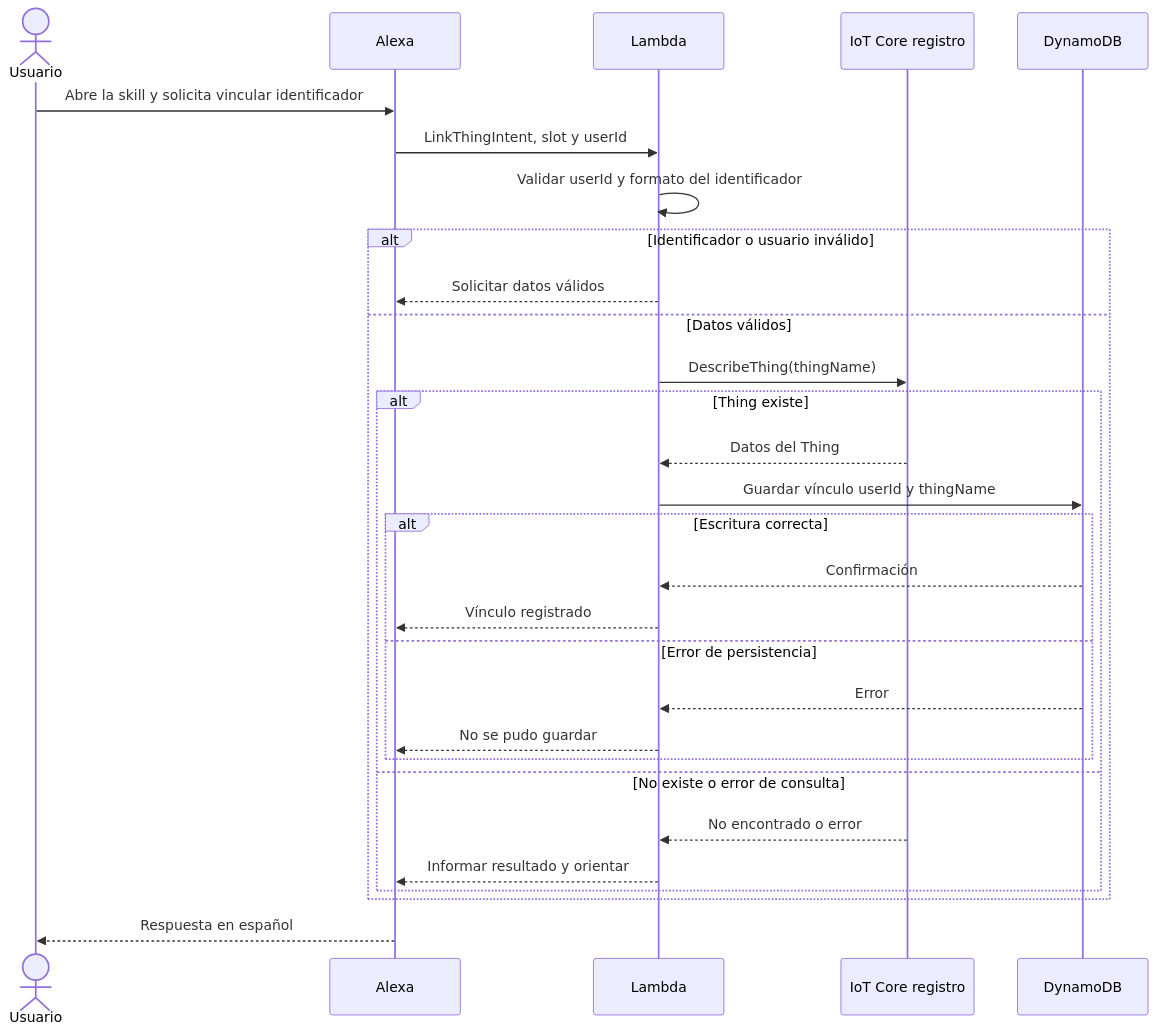
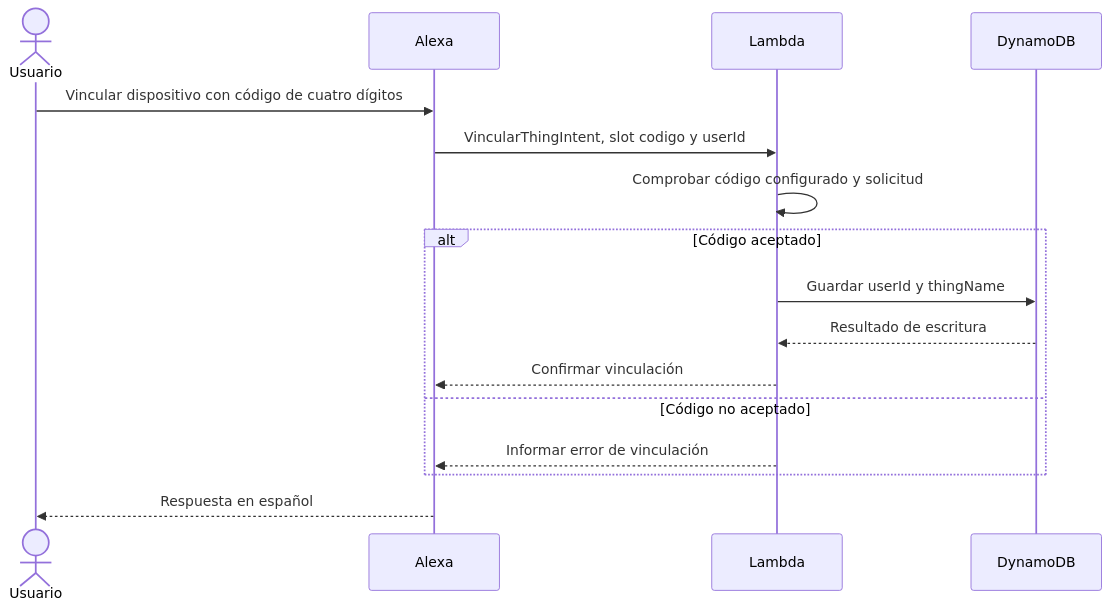
Before and after one commit to Lucas-RodriguezAncieta/IoTPractica3: the fourth of 6 diagrams in docs/informe.md, drawn with Mermaid. The commit also changed other lines of this file and 2 other files, not shown here.

Commit message:
docs: completar informe tecnico y diagrama del circuito

````diff
--- a/docs/informe.md
+++ b/docs/informe.md
@@ -176,31 +174,18 @@
 ```mermaid
 sequenceDiagram
   actor U as Usuario
   participant A as Alexa
   participant L as Lambda
-  participant I as IoT Core registro
   participant D as DynamoDB
-  U->>A: Abre la skill y solicita vincular identificador
-  A->>L: LinkThingIntent, slot y userId
-  L->>L: Validar userId y formato del identificador
-  alt Identificador o usuario inválido
-    L-->>A: Solicitar datos válidos
-  else Datos válidos
-    L->>I: DescribeThing(thingName)
-    alt Thing existe
-      I-->>L: Datos del Thing
-      L->>D: Guardar vínculo userId y thingName
-      alt Escritura correcta
-        D-->>L: Confirmación
-        L-->>A: Vínculo registrado
-      else Error de persistencia
-        D-->>L: Error
-        L-->>A: No se pudo guardar
-      end
-    else No existe o error de consulta
-      I-->>L: No encontrado o error
-      L-->>A: Informar resultado y orientar
-    end
+  U->>A: Vincular dispositivo con código de cuatro dígitos
+  A->>L: VincularThingIntent, slot codigo y userId
+  L->>L: Comprobar código configurado y solicitud
+  alt Código aceptado
+    L->>D: Guardar userId y thingName
+    D-->>L: Resultado de escritura
+    L-->>A: Confirmar vinculación
+  else Código no aceptado
+    L-->>A: Informar error de vinculación
   end
   A-->>U: Respuesta en español
 ```
````
